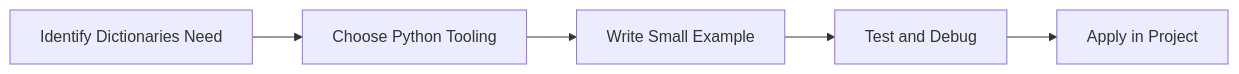
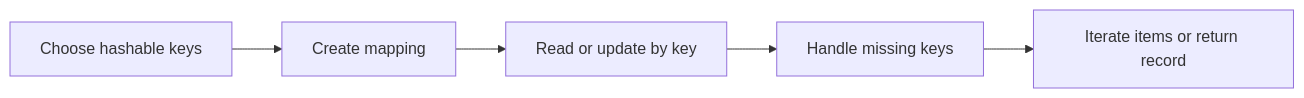
Before and after one commit to SYMOIZ/E-Learning-Portal: the diagram in Python-Mastery/Beginner/20-dictionaries.md, drawn with Mermaid. The commit also changed other lines of this file and 116 other files, not shown here.

````diff
--- a/Python-Mastery/Beginner/20-dictionaries.md
+++ b/Python-Mastery/Beginner/20-dictionaries.md
@@ -124,7 +129,12 @@
 ```mermaid
 flowchart LR
-    A[Identify Dictionaries Need] --> B[Choose Python Tooling]
-    B --> C[Write Small Example]
-    C --> D[Test and Debug]
-    D --> E[Apply in Project]
+    A[Choose hashable keys]
+    B[Create mapping]
+    C[Read or update by key]
+    D[Handle missing keys]
+    E[Iterate items or return record]
+    A --> B
+    B --> C
+    C --> D
+    D --> E
 ```
````
